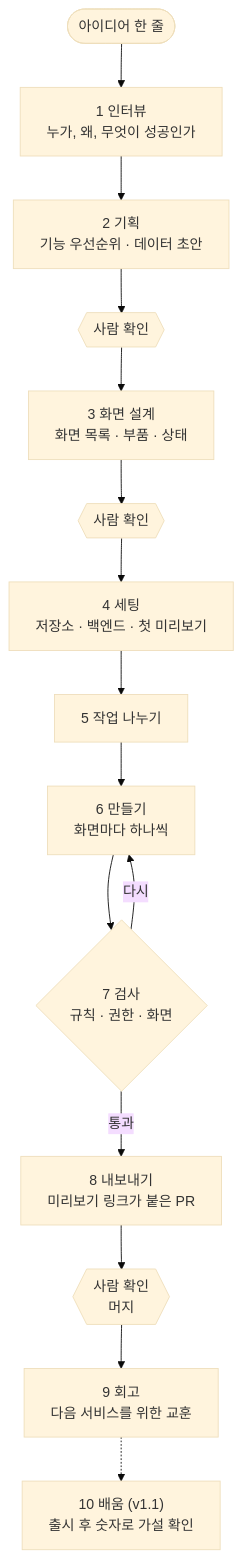
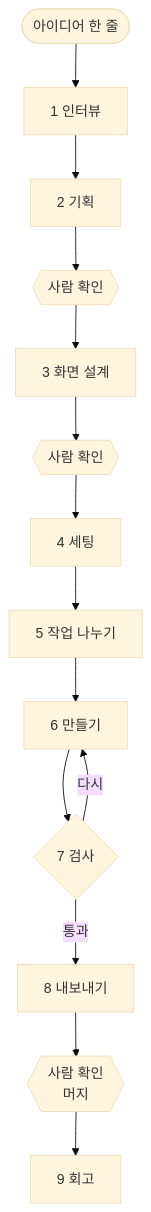
The diagram in README.md (parksubeom/bumpist-agents), drawn with Mermaid (base theme) before and after one commit. The commit also changed other lines of this file and 1 other file, not shown here.

````diff
--- a/README.md
+++ b/README.md
@@ -20,17 +70,16 @@
 ```mermaid
 flowchart TD
-  idea(["아이디어 한 줄"]) --> s1["1 인터뷰<br/>누가, 왜, 무엇이 성공인가"]
-  s1 --> s2["2 기획<br/>기능 우선순위 · 데이터 초안"]
+  idea(["아이디어 한 줄"]) --> s1["1 인터뷰"]
+  s1 --> s2["2 기획"]
   s2 --> g1{{"사람 확인"}}
-  g1 --> s3["3 화면 설계<br/>화면 목록 · 부품 · 상태"]
+  g1 --> s3["3 화면 설계"]
   s3 --> g2{{"사람 확인"}}
-  g2 --> s4["4 세팅<br/>저장소 · 백엔드 · 첫 미리보기"]
+  g2 --> s4["4 세팅"]
   s4 --> s5["5 작업 나누기"]
-  s5 --> s6["6 만들기<br/>화면마다 하나씩"]
-  s6 --> s7{"7 검사<br/>규칙 · 권한 · 화면"}
+  s5 --> s6["6 만들기"]
+  s6 --> s7{"7 검사"}
   s7 -- "다시" --> s6
-  s7 -- "통과" --> s8["8 내보내기<br/>미리보기 링크가 붙은 PR"]
+  s7 -- "통과" --> s8["8 내보내기"]
   s8 --> g3{{"사람 확인<br/>머지"}}
-  g3 --> s9["9 회고<br/>다음 서비스를 위한 교훈"]
-  s9 -.-> s10["10 배움 (v1.1)<br/>출시 후 숫자로 가설 확인"]
+  g3 --> s9["9 회고"]
 ```
````
